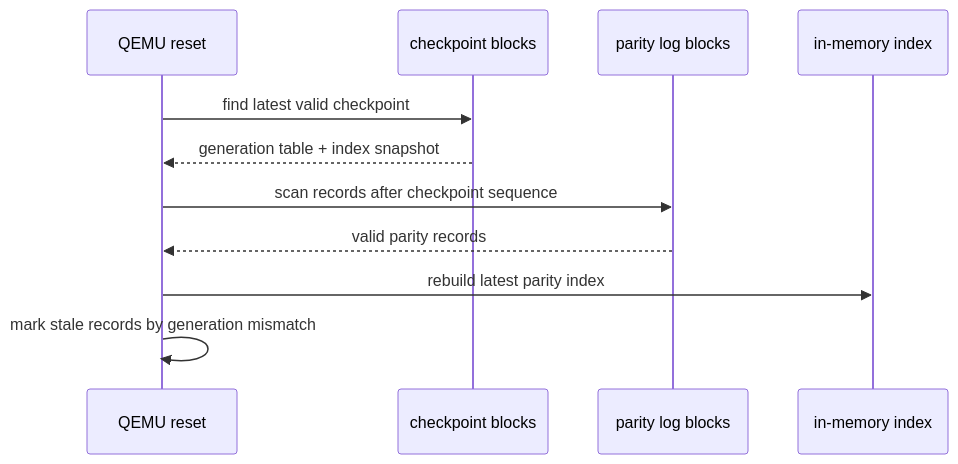
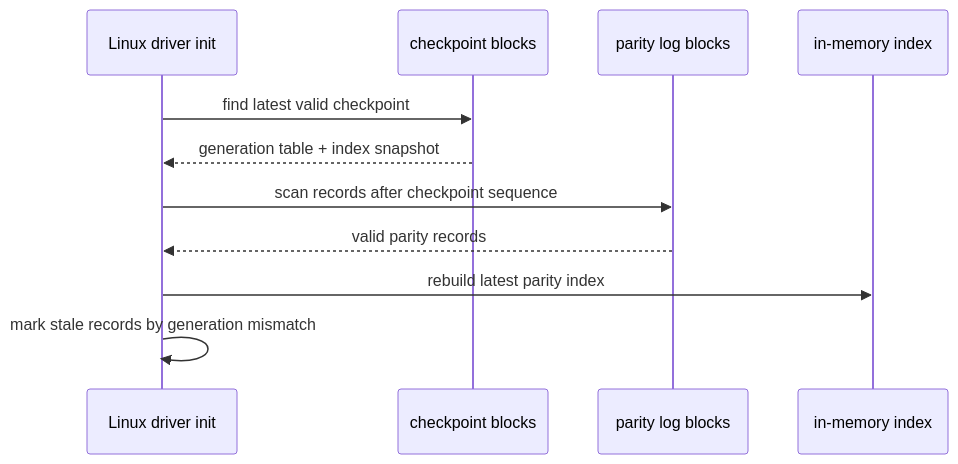
One commit to avenstar65/3dnand_test changed the seventh of 7 diagrams in docs/qemu-3dnand-scheme-d-versioned-parity-log-design.md. Above: the diagram before and after it, drawn with Mermaid. The commit also changed other lines of this file and 15 other files, not shown here.

````diff
--- a/docs/qemu-3dnand-scheme-d-versioned-parity-log-design.md
+++ b/docs/qemu-3dnand-scheme-d-versioned-parity-log-design.md
@@ -491,14 +520,14 @@
 ```mermaid
 sequenceDiagram
-    participant QEMU as QEMU reset
+    participant DRV as Linux driver init
     participant META as checkpoint blocks
     participant PLOG as parity log blocks
     participant IDX as in-memory index
 
-    QEMU->>META: find latest valid checkpoint
-    META-->>QEMU: generation table + index snapshot
-    QEMU->>PLOG: scan records after checkpoint sequence
-    PLOG-->>QEMU: valid parity records
-    QEMU->>IDX: rebuild latest parity index
-    QEMU->>QEMU: mark stale records by generation mismatch
+    DRV->>META: find latest valid checkpoint
+    META-->>DRV: generation table + index snapshot
+    DRV->>PLOG: scan records after checkpoint sequence
+    PLOG-->>DRV: valid parity records
+    DRV->>IDX: rebuild latest parity index
+    DRV->>DRV: mark stale records by generation mismatch
 ```
````
